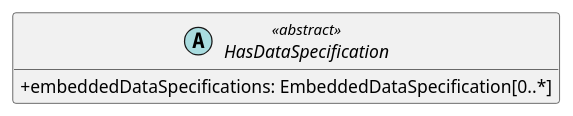
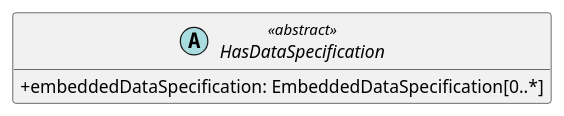
Before and after one commit to zrgt/py2puml: the diagram in output/15_HasDataSpecification.puml, drawn with PlantUML. The commit also changed 52 other files, not shown here.

```diff
--- a/output/15_HasDataSpecification.puml
+++ b/output/15_HasDataSpecification.puml
@@ -1,8 +1,8 @@
 @startuml
 skinparam classAttributeIconSize 0
 hide methods
 
 abstract class HasDataSpecification <<abstract>> {
-  +embeddedDataSpecifications: EmbeddedDataSpecification[0..*] 
+  +embeddedDataSpecification: EmbeddedDataSpecification[0..*] 
 }
 @enduml
```
